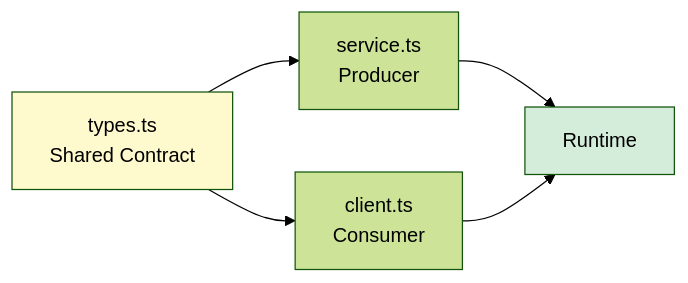
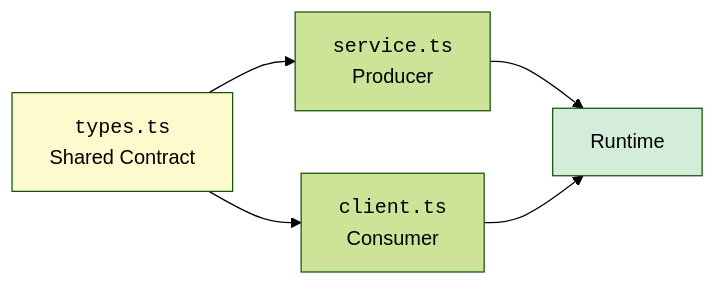
The first of 2 diagrams in content/learn/typescript-from-scratch/api-modeling-and-contracts.mdx (dataslope/dataslope), drawn with Mermaid (forest theme) before and after one commit. The commit also changed 100 other files, not shown here.

First line of the commit message:
Wrap more code in diagram labels: filenames, hex, assignments, subgraph titles

````diff
--- a/content/learn/typescript-from-scratch/api-modeling-and-contracts.mdx
+++ b/content/learn/typescript-from-scratch/api-modeling-and-contracts.mdx
@@ -121,9 +121,9 @@
 ```mermaid
 graph LR
-    A[types.ts<br/>Shared Contract] --> B[service.ts<br/>Producer]
-    A --> C[client.ts<br/>Consumer]
+    A["<code>types.ts</code><br/>Shared Contract"] --> B["<code>service.ts</code><br/>Producer"]
+    A --> C["<code>client.ts</code><br/>Consumer"]
     B --> D[Runtime]
     C --> D
     style A fill:#fffacd
     style D fill:#d4edda
 ```
````
